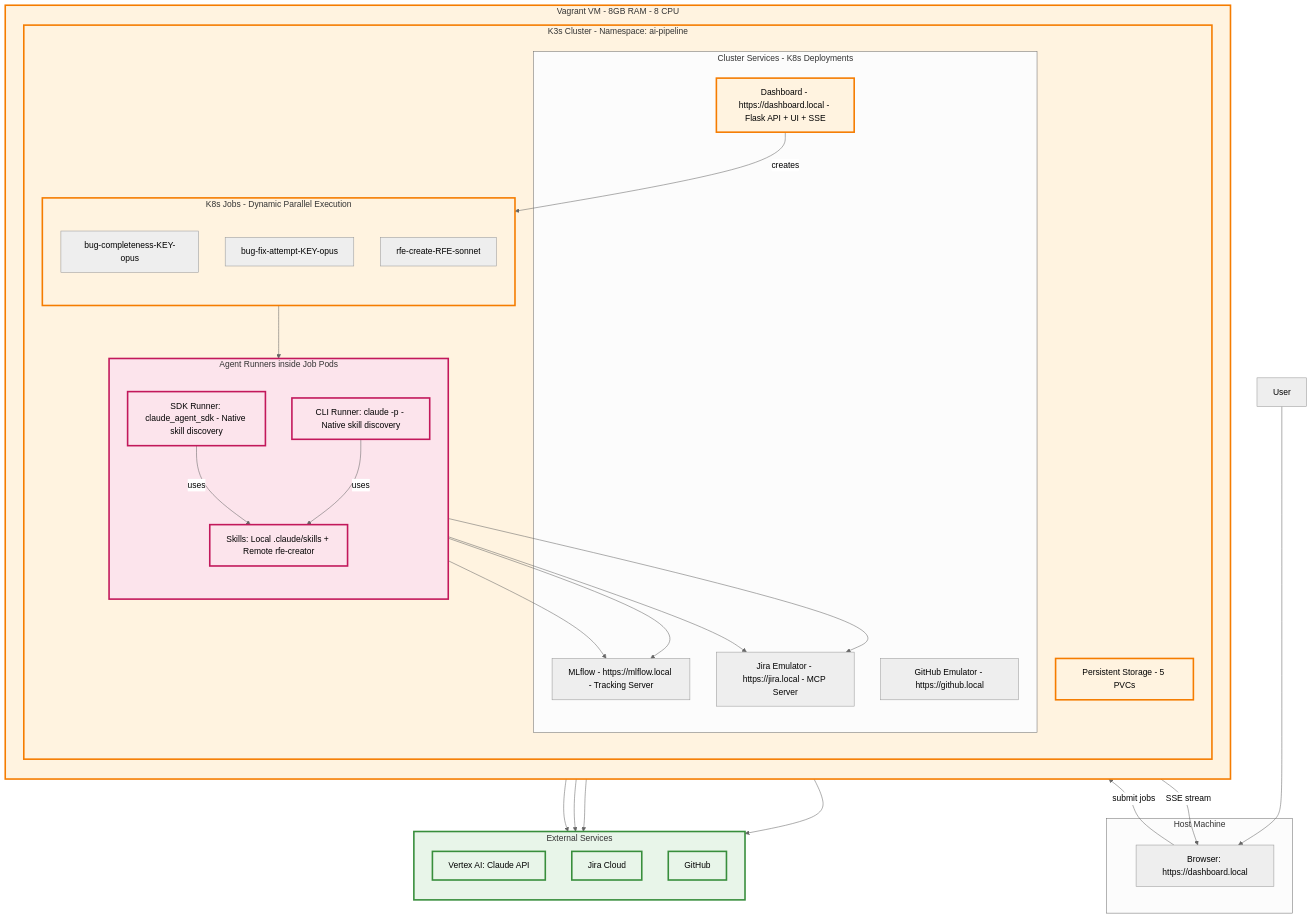
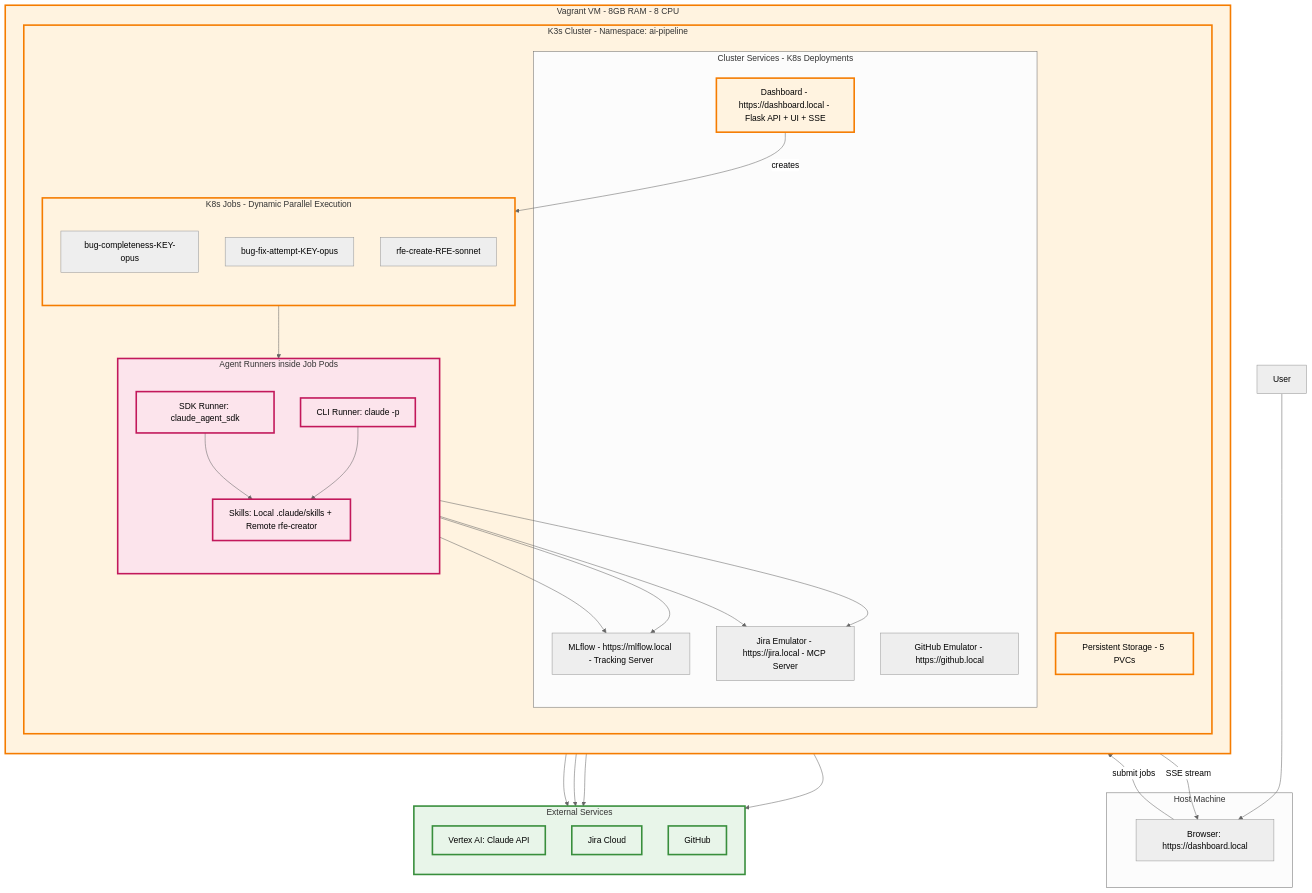
One commit to jctanner/ai-first-pipeline changed the diagram in docs/architecture-overview.mmd. Above: the diagram before and after it, drawn with Mermaid (neutral theme). The commit also changed 1 other file, not shown here.

Commit message:
Remove redundant 'native' labels from skill invocation
Without 'templated' invocation, there's no distinction to make.
Skills are just skills - agents invoke them via the Skill tool.

Simplified:
- Removed "Native Invocation" node
- Removed "native" edge labels
- Removed "Native skill discovery" from runner descriptions
- Clean arrows: Skills → Runners

```diff
--- a/docs/architecture-overview.mmd
+++ b/docs/architecture-overview.mmd
@@ -1,71 +1,71 @@
 graph TB
     User["User"]
 
     subgraph Host["Host Machine"]
         Browser["Browser: https://dashboard.local"]
     end
 
     subgraph VM["Vagrant VM - 8GB RAM - 8 CPU"]
         direction TB
 
         subgraph K3s["K3s Cluster - Namespace: ai-pipeline"]
             direction TB
 
             Storage["Persistent Storage - 5 PVCs"]
 
             subgraph Services["Cluster Services - K8s Deployments"]
                 Dashboard["Dashboard - https://dashboard.local - Flask API + UI + SSE"]
                 MLflow["MLflow - https://mlflow.local - Tracking Server"]
                 JiraEmu["Jira Emulator - https://jira.local - MCP Server"]
                 GitHubEmu["GitHub Emulator - https://github.local"]
             end
 
             subgraph Jobs["K8s Jobs - Dynamic Parallel Execution"]
                 direction TB
                 Job1["bug-completeness-KEY-opus"]
                 Job2["bug-fix-attempt-KEY-opus"]
                 Job3["rfe-create-RFE-sonnet"]
             end
 
             subgraph Runners["Agent Runners inside Job Pods"]
                 direction TB
-                SDKRunner["SDK Runner: claude_agent_sdk - Native skill discovery"]
-                CLIRunner["CLI Runner: claude -p - Native skill discovery"]
+                SDKRunner["SDK Runner: claude_agent_sdk"]
+                CLIRunner["CLI Runner: claude -p"]
                 Skills["Skills: Local .claude/skills + Remote rfe-creator"]
             end
 
             Dashboard -->|creates| Jobs
             Jobs --> Runners
-            SDKRunner -->|uses| Skills
-            CLIRunner -->|uses| Skills
+            SDKRunner --> Skills
+            CLIRunner --> Skills
         end
     end
 
     subgraph External["External Services"]
         direction TB
         VertexAI["Vertex AI: Claude API"]
         JiraCloud["Jira Cloud"]
         GitHub["GitHub"]
     end
 
     User --> Browser
 
     Browser -->|submit jobs| Dashboard
     Dashboard -->|SSE stream| Browser
 
     SDKRunner --> VertexAI
     CLIRunner --> VertexAI
     SDKRunner --> MLflow
     CLIRunner --> MLflow
     SDKRunner --> JiraEmu
     CLIRunner --> JiraEmu
     SDKRunner --> JiraCloud
     CLIRunner --> GitHub
 
     classDef vm fill:#fff3e0,stroke:#f57c00,stroke-width:3px
     classDef runner fill:#fce4ec,stroke:#c2185b,stroke-width:3px
     classDef external fill:#e8f5e9,stroke:#388e3c,stroke-width:3px
 
     class VM,K3s,Storage,Dashboard,Jobs vm
     class Runners,SDKRunner,CLIRunner,Skills runner
     class External,VertexAI,JiraCloud,GitHub external
```
